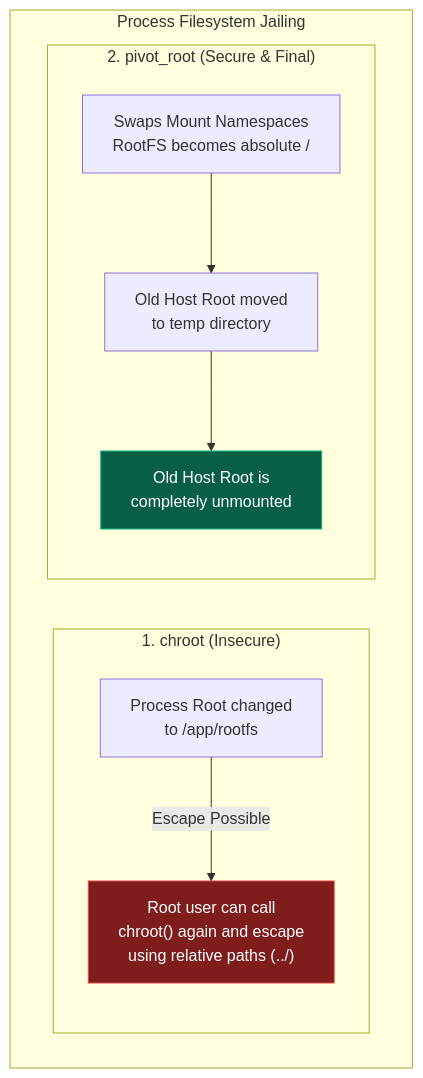
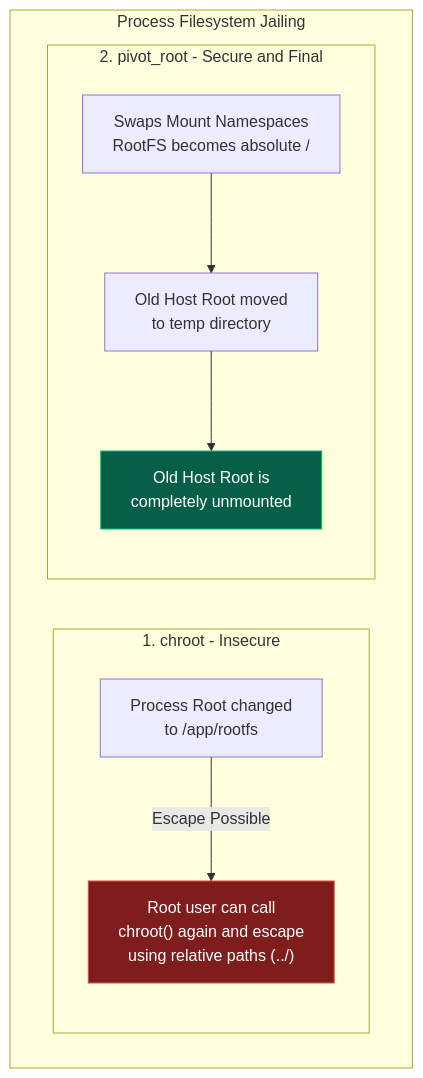
One commit to awoladhossain/awolad-docs changed diagram 23 of 35 in content/docker.md. Above: the diagram before and after it, drawn with Mermaid. The commit also changed other lines of this file and 1 other file, not shown here.

Commit message:
fix: resolve all remaining Mermaid syntax parsing errors in docker.md and networking.md

````diff
--- a/content/docker.md
+++ b/content/docker.md
@@ -1365,22 +1365,22 @@
 ```mermaid
 flowchart TD
     subgraph JailComparison ["Process Filesystem Jailing"]
         direction LR
-        subgraph ChrootJail ["1. chroot (Insecure)"]
+        subgraph ChrootJail ["1. chroot - Insecure"]
             chroot_in["Process Root changed <br>to /app/rootfs"]
             Escape["Root user can call <br>chroot() again and escape <br>using relative paths (../)"]
-            chroot_in -->|Escape Possible| Escape
+            chroot_in -->|"Escape Possible"| Escape
         end
 
-        subgraph PivotRootJail ["2. pivot_root (Secure & Final)"]
+        subgraph PivotRootJail ["2. pivot_root - Secure and Final"]
             pivot_in["Swaps Mount Namespaces <br>RootFS becomes absolute /"]
             OldRoot["Old Host Root moved <br>to temp directory"]
             Unmount["Old Host Root is <br>completely unmounted"]
             
             pivot_in --> OldRoot --> Unmount
         end
     end
 
     style Escape fill:#7f1d1d,stroke:#ef4444,color:#fff
     style Unmount fill:#065f46,stroke:#10b981,color:#fff
 ```
````
